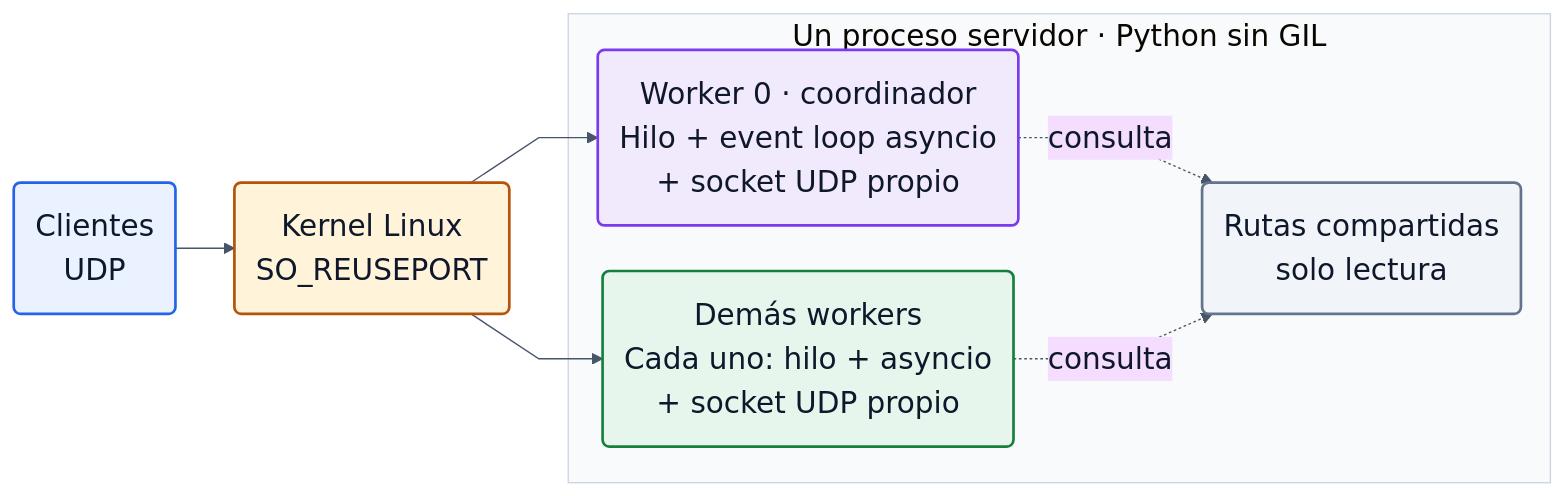
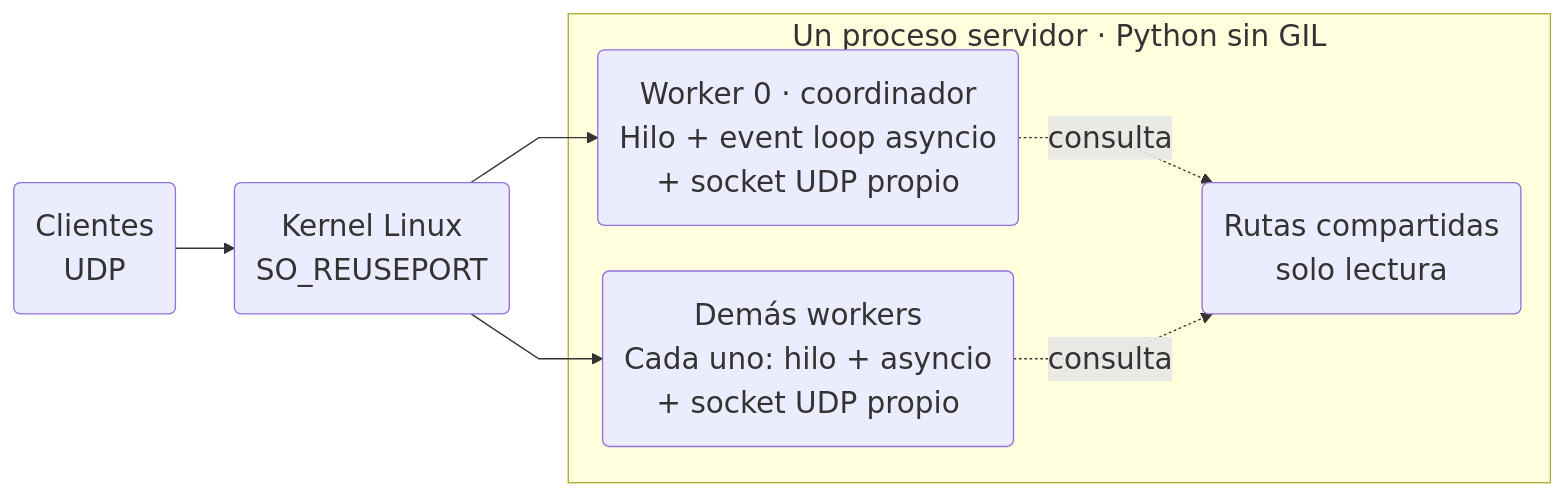
Before and after one commit to Poonns/Universidad: the first of 2 diagrams in 3º/ARC/Proyecto/udp/ARQUITECTURA.md, drawn with Mermaid. The commit also changed other lines of this file and 1 other file, not shown here.

````diff
--- a/3º/ARC/Proyecto/udp/ARQUITECTURA.md
+++ b/3º/ARC/Proyecto/udp/ARQUITECTURA.md
@@ -60,42 +60,31 @@
 ```mermaid
 ---
 config:
-  theme: base
   look: classic
   fontFamily: Arial, sans-serif
   fontSize: 22
   markdownAutoWrap: false
   themeVariables:
     fontFamily: Arial, sans-serif
     fontSize: 22px
-    primaryTextColor: '#0f172a'
-    lineColor: '#475569'
-    clusterBkg: '#f8fafc'
-    clusterBorder: '#cbd5e1'
   flowchart:
     curve: linear
     nodeSpacing: 34
     rankSpacing: 44
     padding: 16
     wrappingWidth: 340
 ---
 flowchart LR
     accTitle: Arquitectura del servidor durante la simulación
     accDescr: Linux distribuye UDP a sockets de workers dentro de un único proceso sin GIL. Cada worker tiene hilo y asyncio propios; worker 0 coordina el control y comparten rutas de solo lectura.
-    C("Clientes<br/>UDP"):::cliente --> K("Kernel Linux<br/>SO_REUSEPORT"):::kernel
+    C("Clientes<br/>UDP") --> K("Kernel Linux<br/>SO_REUSEPORT")
     subgraph S["Un proceso servidor · Python sin GIL"]
-        W0("Worker 0 · coordinador<br/>Hilo + event loop asyncio<br/>+ socket UDP propio"):::control
-        WN("Demás workers<br/>Cada uno: hilo + asyncio<br/>+ socket UDP propio"):::worker
-        R("Rutas compartidas<br/>solo lectura"):::neutro
+        W0("Worker 0 · coordinador<br/>Hilo + event loop asyncio<br/>+ socket UDP propio")
+        WN("Demás workers<br/>Cada uno: hilo + asyncio<br/>+ socket UDP propio")
+        R("Rutas compartidas<br/>solo lectura")
         W0 -. consulta .-> R
         WN -. consulta .-> R
     end
     K --> W0
     K --> WN
-    classDef cliente fill:#eaf2ff,stroke:#2563eb,color:#0f172a,stroke-width:2px
-    classDef kernel fill:#fff4da,stroke:#b45309,color:#0f172a,stroke-width:2px
-    classDef worker fill:#e7f6ec,stroke:#15803d,color:#0f172a,stroke-width:2px
-    classDef control fill:#f1eafd,stroke:#7c3aed,color:#0f172a,stroke-width:2px
-    classDef neutro fill:#f1f5f9,stroke:#64748b,color:#0f172a,stroke-width:2px
-    classDef error fill:#fff1f2,stroke:#dc2626,color:#881337,stroke-width:2px
 ```
````
